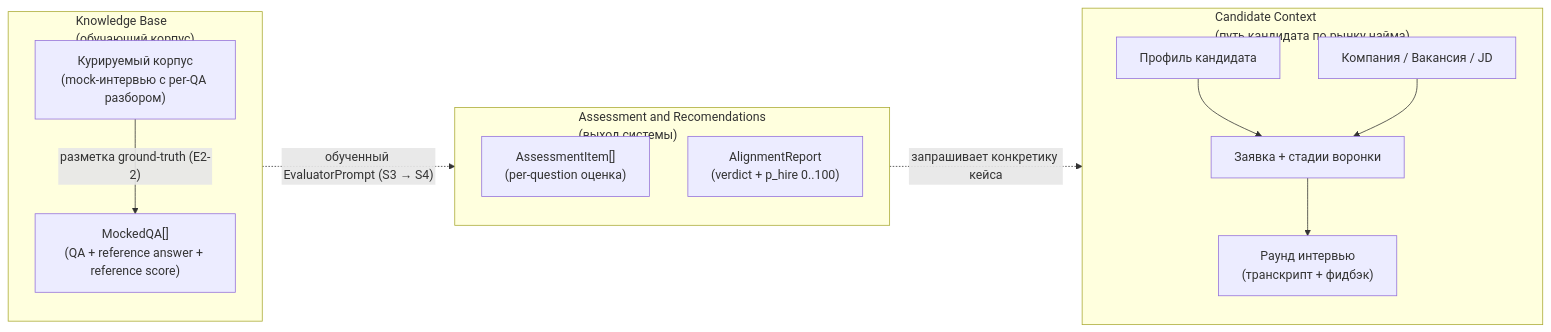
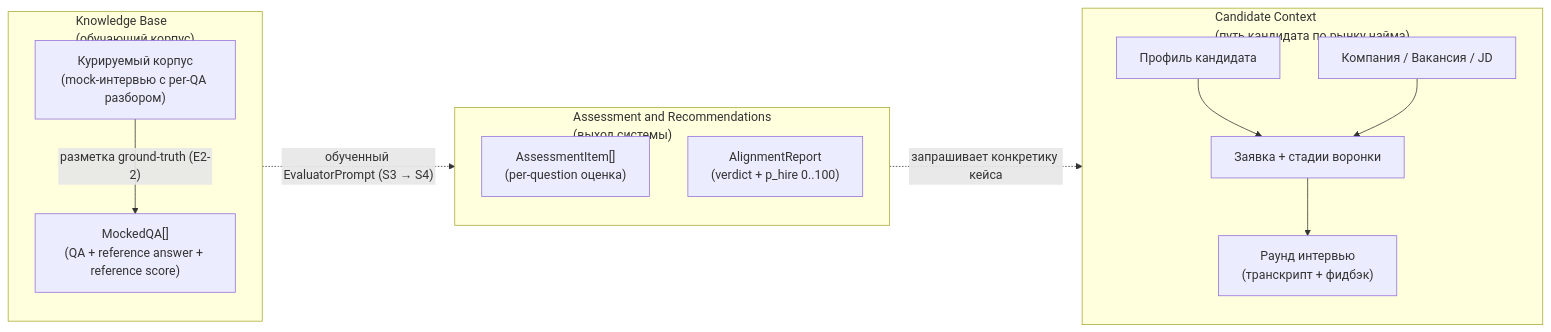
Before and after one commit to margomrkv/interview-debrief-assistant: the first of 4 diagrams in md/spec.md, drawn with Mermaid. The commit also changed other lines of this file, not shown here.

````diff
--- a/md/spec.md
+++ b/md/spec.md
@@ -44,29 +44,29 @@
 ```mermaid
 flowchart LR
     subgraph CC["Candidate Context<br/>(путь кандидата по рынку найма)"]
         direction TB
         CC1["Профиль кандидата"]
         CC2["Компания / Вакансия / JD"]
         CC3["Заявка + стадии воронки"]
         CC4["Раунд интервью<br/>(транскрипт + фидбэк)"]
         CC1 --> CC3
         CC2 --> CC3
         CC3 --> CC4
     end
 
     subgraph KB["Knowledge Base<br/>(обучающий корпус)"]
         direction TB
         KB1["Курируемый корпус<br/>(mock-интервью с per-QA разбором)"]
         KB2["MockedQA[]<br/>(QA + reference answer + reference score)"]
         KB1 -- "разметка ground-truth (E2-2)" --> KB2
     end
 
-    subgraph AR["Assessment and Recomendations<br/>(выход системы)"]
+    subgraph AR["Assessment and Recommendations<br/>(выход системы)"]
         direction TB
         AR1["AssessmentItem[]<br/>(per-question оценка)"]
         AR2["AlignmentReport<br/>(verdict + p_hire 0..100)"]
     end
 
     AR -. "запрашивает конкретику кейса" .-> CC
     KB -. "обученный EvaluatorPrompt (S3 → S4)" .-> AR
 ```
````
